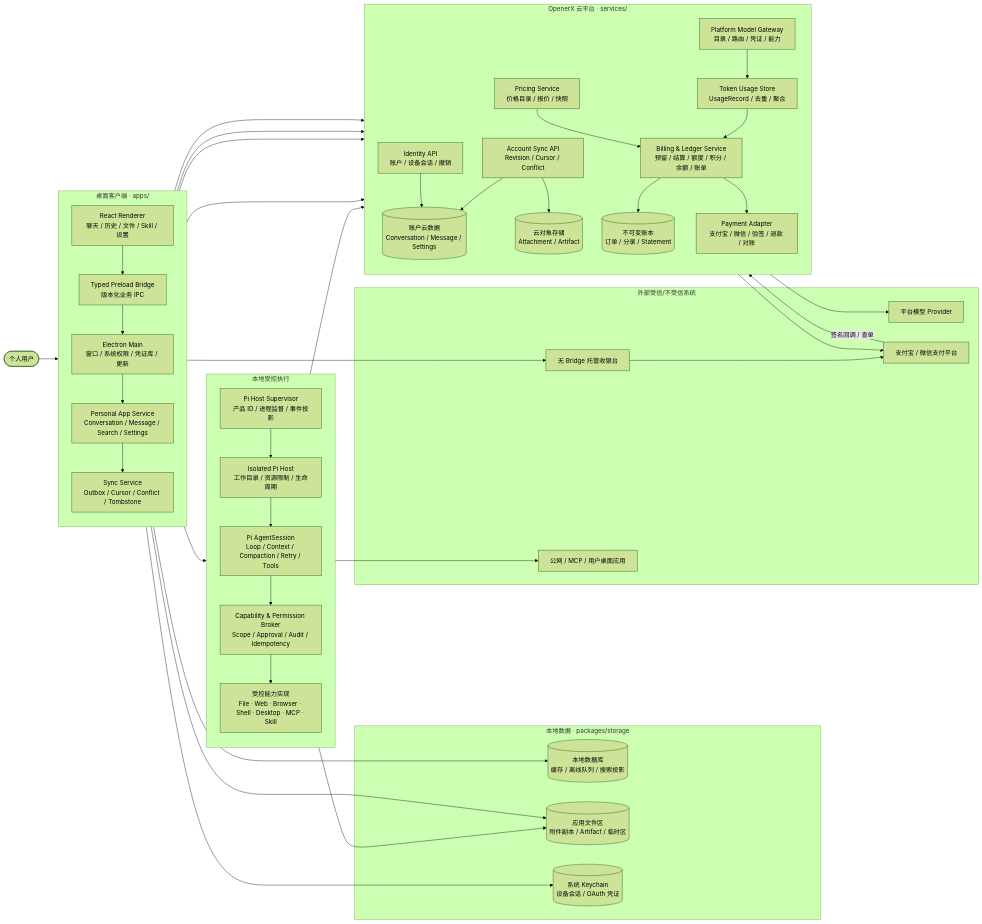
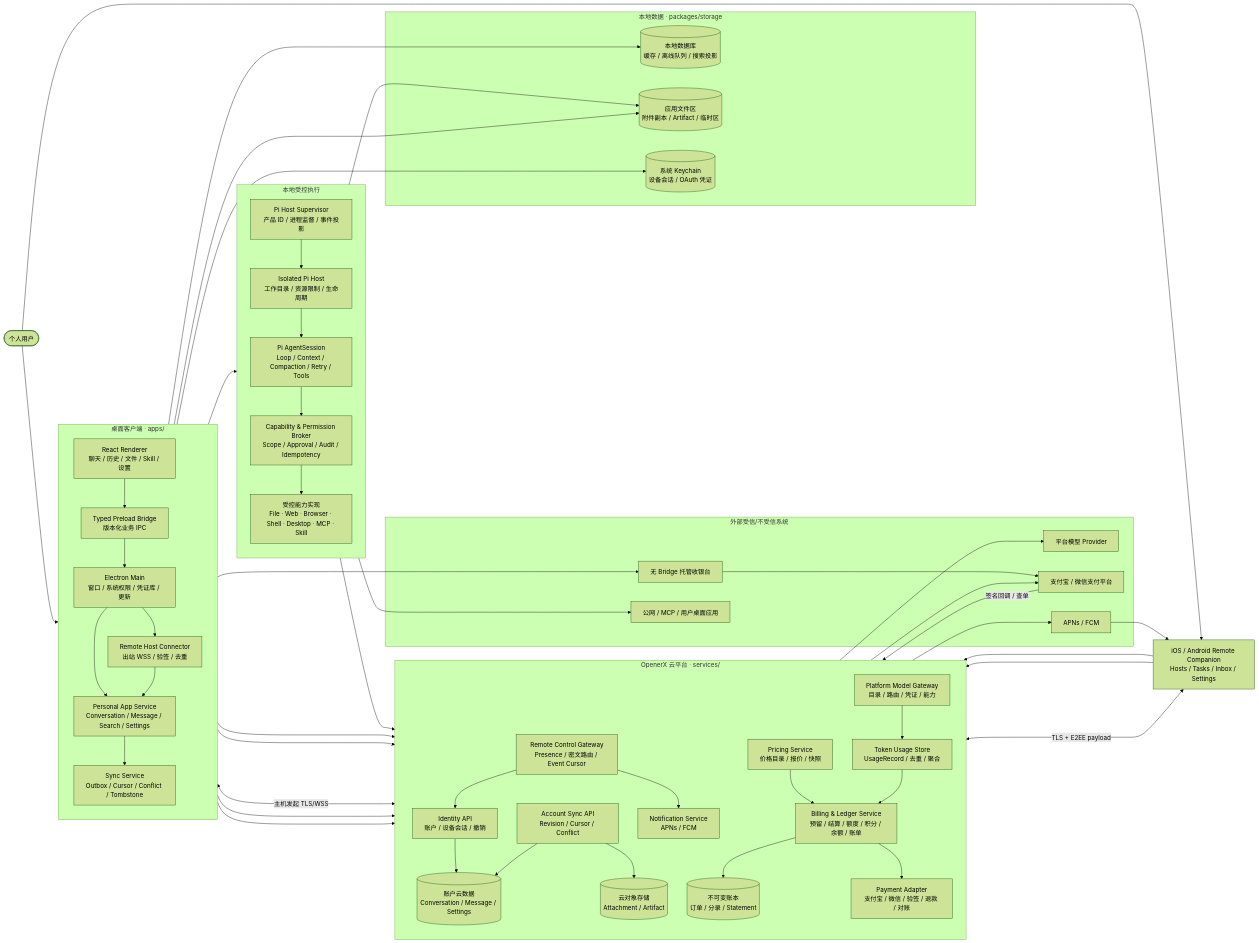
Before and after one commit to openerserver/openerx: the first of 6 diagrams in docs/v2/14-overall-architecture.md, drawn with Mermaid (forest theme). The commit also changed other lines of this file and 95 other files, not shown here.

````diff
--- a/docs/v2/14-overall-architecture.md
+++ b/docs/v2/14-overall-architecture.md
@@ -31,6 +32,7 @@
 ```mermaid
 flowchart LR
   USER([个人用户])
+  MOBILE["iOS / Android Remote Companion<br/>Hosts / Tasks / Inbox / Settings"]
 
   subgraph DESKTOP["桌面客户端 · apps/"]
     direction TB
@@ -39,6 +41,7 @@
     MAIN["Electron Main<br/>窗口 / 系统权限 / 凭证库 / 更新"]
     APP["Personal App Service<br/>Conversation / Message / Search / Settings"]
     SYNC_CLIENT["Sync Service<br/>Outbox / Cursor / Conflict / Tombstone"]
+    REMOTE_CONNECTOR["Remote Host Connector<br/>出站 WSS / 验签 / 去重"]
   end
 
   subgraph LOCAL_DATA["本地数据 · packages/storage"]
@@ -65,6 +68,8 @@
     PRICING["Pricing Service<br/>价格目录 / 报价 / 快照"]
     BILLING["Billing & Ledger Service<br/>预留 / 结算 / 额度 / 积分 / 余额 / 账单"]
     PAYMENT["Payment Adapter<br/>支付宝 / 微信 / 验签 / 退款 / 对账"]
+    REMOTE_GATEWAY["Remote Control Gateway<br/>Presence / 密文路由 / Event Cursor"]
+    NOTIFY["Notification Service<br/>APNs / FCM"]
     ACCOUNT_DB[("账户云数据<br/>Conversation / Message / Settings")]
     OBJECT_STORE[("云对象存储<br/>Attachment / Artifact")]
     LEDGER_DB[("不可变账本<br/>订单 / 分录 / Statement")]
@@ -74,10 +79,12 @@
     PROVIDERS["平台模型 Provider"]
     CHECKOUT["无 Bridge 托管收银台"]
     PAYMENT_PROVIDER["支付宝 / 微信支付平台"]
-    REMOTE["公网 / MCP / 用户桌面应用"]
+    UNTRUSTED["公网 / MCP / 用户桌面应用"]
+    PUSH_PROVIDER["APNs / FCM"]
   end
 
   USER --> RENDERER
+  USER --> MOBILE
   RENDERER --> PRELOAD
   PRELOAD --> MAIN
   MAIN --> APP
@@ -86,19 +93,29 @@
   APP --> FILES
   APP --> SYNC_CLIENT
   APP --> SUPERVISOR
+  MAIN --> REMOTE_CONNECTOR
+  REMOTE_CONNECTOR --> APP
 
   SUPERVISOR --> HOST
   HOST --> PI
   PI --> TOOL_GATEWAY
   TOOL_GATEWAY --> CAPABILITIES
   CAPABILITIES --> FILES
-  CAPABILITIES --> REMOTE
+  CAPABILITIES --> UNTRUSTED
 
   SYNC_CLIENT --> IDENTITY
   SYNC_CLIENT --> SYNC_API
   IDENTITY --> ACCOUNT_DB
   SYNC_API --> ACCOUNT_DB
   SYNC_API --> OBJECT_STORE
+  MOBILE --> IDENTITY
+  MOBILE --> SYNC_API
+  MOBILE <-->|"TLS + E2EE payload"| REMOTE_GATEWAY
+  REMOTE_CONNECTOR <-->|"主机发起 TLS/WSS"| REMOTE_GATEWAY
+  REMOTE_GATEWAY --> IDENTITY
+  REMOTE_GATEWAY --> NOTIFY
+  NOTIFY --> PUSH_PROVIDER
+  PUSH_PROVIDER --> MOBILE
 
   PI --> MODEL
   MODEL --> PROVIDERS
````
